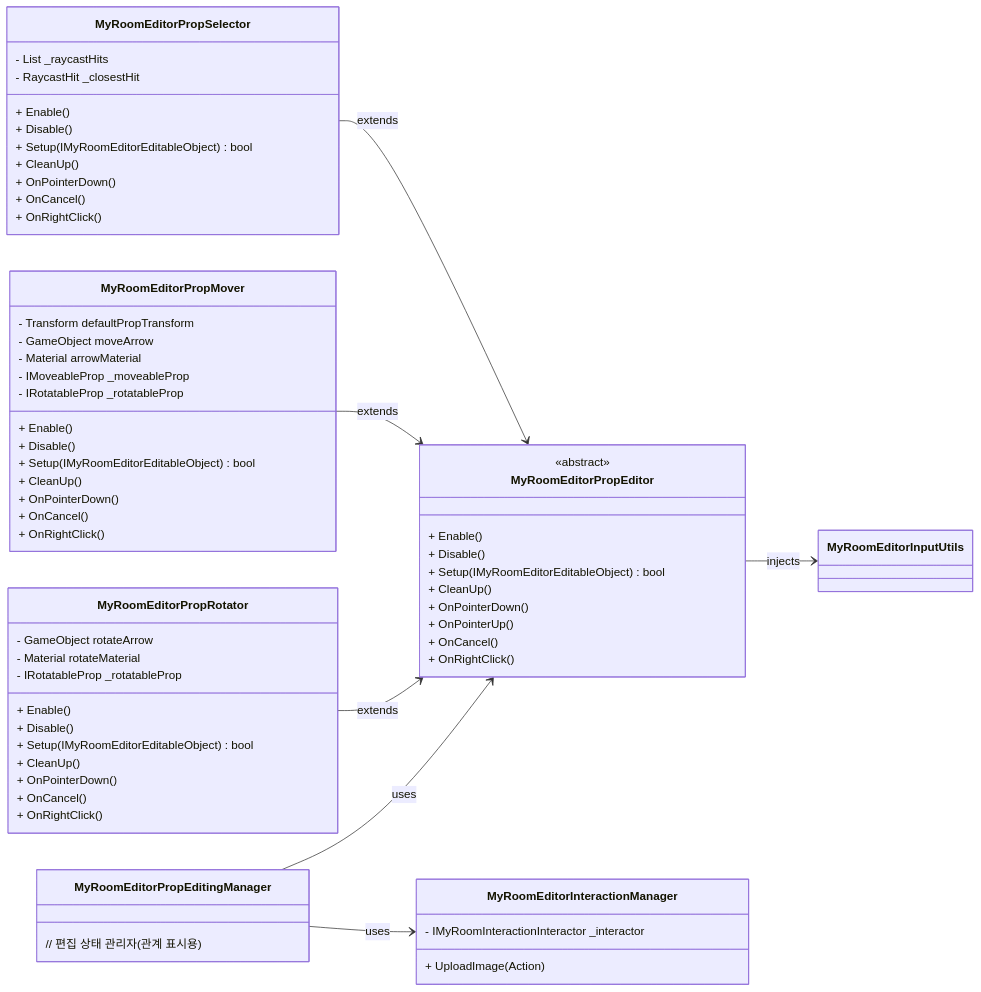
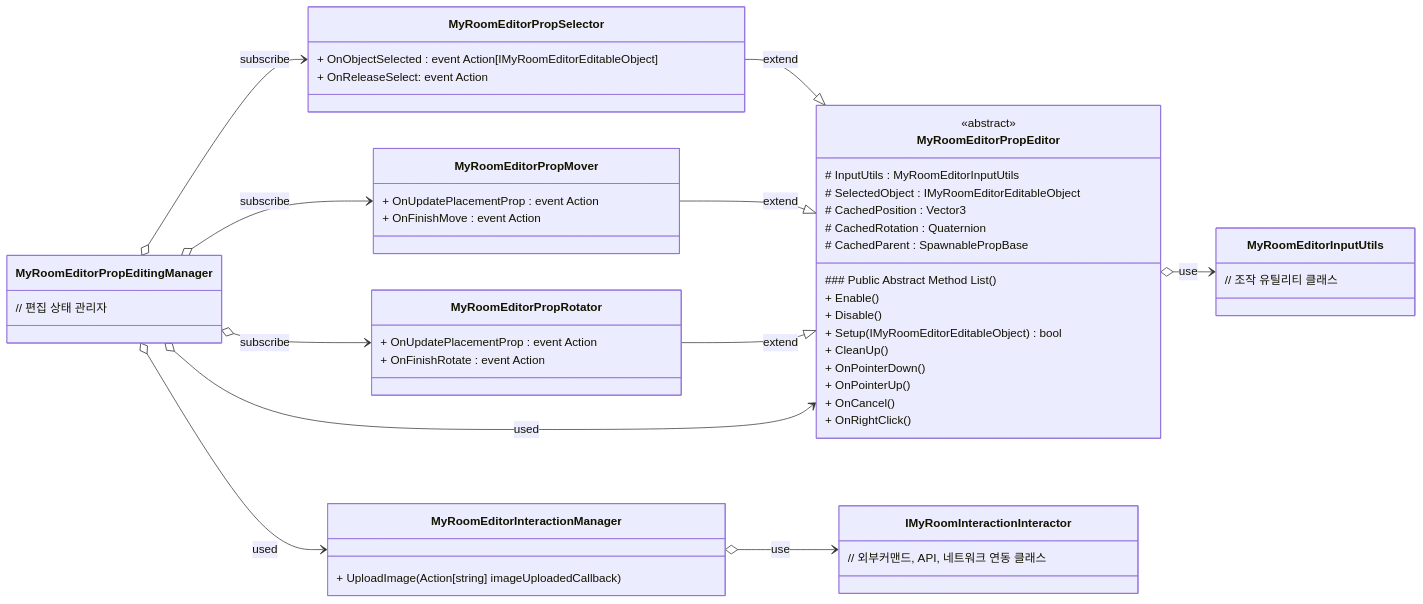
The second of 7 diagrams in content/docs/Projects/Rfice/HousingSystem/Overview.md (CosmicGiantKoala/CosmicGiantKoala.github.io), drawn with Mermaid before and after one commit. The commit also changed other lines of this file, not shown here.

Commit message:
MyRoomEditor UML 다이어그램 업데이트

````diff
--- a/content/docs/Projects/Rfice/HousingSystem/Overview.md
+++ b/content/docs/Projects/Rfice/HousingSystem/Overview.md
@@ -211,71 +183,67 @@
 ```mermaid
 classDiagram
 direction LR
-class MyRoomEditorPropEditor {
-<<abstract>>
-+ Enable()
-+ Disable()
-+ Setup(IMyRoomEditorEditableObject) bool
-+ CleanUp()
-+ OnPointerDown()
-+ OnPointerUp()
-+ OnCancel()
-+ OnRightClick()
-}
+    class MyRoomEditorPropEditingManager {
+        // 편집 상태 관리자
+    }
+    
+    class MyRoomEditorPropEditor {
+    <<abstract>>
+    # InputUtils : MyRoomEditorInputUtils
+    # SelectedObject : IMyRoomEditorEditableObject
+    # CachedPosition : Vector3
+    # CachedRotation : Quaternion
+    # CachedParent : SpawnablePropBase
+    
+    ### Public Abstract Method List()  
+    + Enable()
+    + Disable()
+    + Setup(IMyRoomEditorEditableObject) bool
+    + CleanUp()
+    + OnPointerDown()
+    + OnPointerUp()
+    + OnCancel()
+    + OnRightClick()
+    }
 
     class MyRoomEditorPropSelector {
-        - List<RaycastHit> _raycastHits
-        - RaycastHit _closestHit
-        + Enable()
-        + Disable()
-        + Setup(IMyRoomEditorEditableObject) bool
-        + CleanUp()
-        + OnPointerDown()
-        + OnCancel()
-        + OnRightClick()
+        + OnObjectSelected : event Action[IMyRoomEditorEditableObject]
+        + OnReleaseSelect: event Action
     }
 
     class MyRoomEditorPropMover {
-        - Transform defaultPropTransform
-        - GameObject moveArrow
-        - Material arrowMaterial
-        - IMoveableProp _moveableProp
-        - IRotatableProp _rotatableProp
-        + Enable()
-        + Disable()
-        + Setup(IMyRoomEditorEditableObject) bool
-        + CleanUp()
-        + OnPointerDown()
-        + OnCancel()
-        + OnRightClick()
+        + OnUpdatePlacementProp : event Action
+        + OnFinishMove : event Action
     }
 
     class MyRoomEditorPropRotator {
-        - GameObject rotateArrow
-        - Material rotateMaterial
-        - IRotatableProp _rotatableProp
-        + Enable()
-        + Disable()
-        + Setup(IMyRoomEditorEditableObject) bool
-        + CleanUp()
-        + OnPointerDown()
-        + OnCancel()
-        + OnRightClick()
+        + OnUpdatePlacementProp : event Action
+        + OnFinishRotate : event Action
     }
 
     class MyRoomEditorInteractionManager {
-        - IMyRoomInteractionInteractor _interactor
-        + UploadImage(Action<string>)
+        + UploadImage(Action[string] imageUploadedCallback)
+    }
+    
+    class IMyRoomInteractionInteractor {
+        // 외부커맨드, API, 네트워크 연동 클래스
+    }
+    
+    class MyRoomEditorInputUtils{
+        // 조작 유틸리티 클래스
     }
 
-    class MyRoomEditorPropEditingManager {
-        // 편집 상태 관리자 (관계 표시용)
-    }
-
-    MyRoomEditorPropSelector --> MyRoomEditorPropEditor : extends
-    MyRoomEditorPropMover --> MyRoomEditorPropEditor : extends
-    MyRoomEditorPropRotator --> MyRoomEditorPropEditor : extends
-    MyRoomEditorPropEditingManager --> MyRoomEditorPropEditor : uses
-    MyRoomEditorPropEditingManager --> MyRoomEditorInteractionManager : uses
-    MyRoomEditorPropEditor --> MyRoomEditorInputUtils : injects
+    MyRoomEditorPropSelector --|> MyRoomEditorPropEditor : extend
+    MyRoomEditorPropMover --|> MyRoomEditorPropEditor : extend
+    MyRoomEditorPropRotator --|> MyRoomEditorPropEditor : extend
+    
+    MyRoomEditorPropEditingManager o--> MyRoomEditorPropEditor : used
+    MyRoomEditorPropEditingManager o--> MyRoomEditorInteractionManager : used
+    MyRoomEditorPropEditingManager o--> MyRoomEditorPropSelector : subscribe
+    MyRoomEditorPropEditingManager o--> MyRoomEditorPropMover : subscribe
+    MyRoomEditorPropEditingManager o--> MyRoomEditorPropRotator : subscribe
+    
+    MyRoomEditorPropEditor o--> MyRoomEditorInputUtils : use
+    
+    MyRoomEditorInteractionManager o--> IMyRoomInteractionInteractor : use
 ```
````
